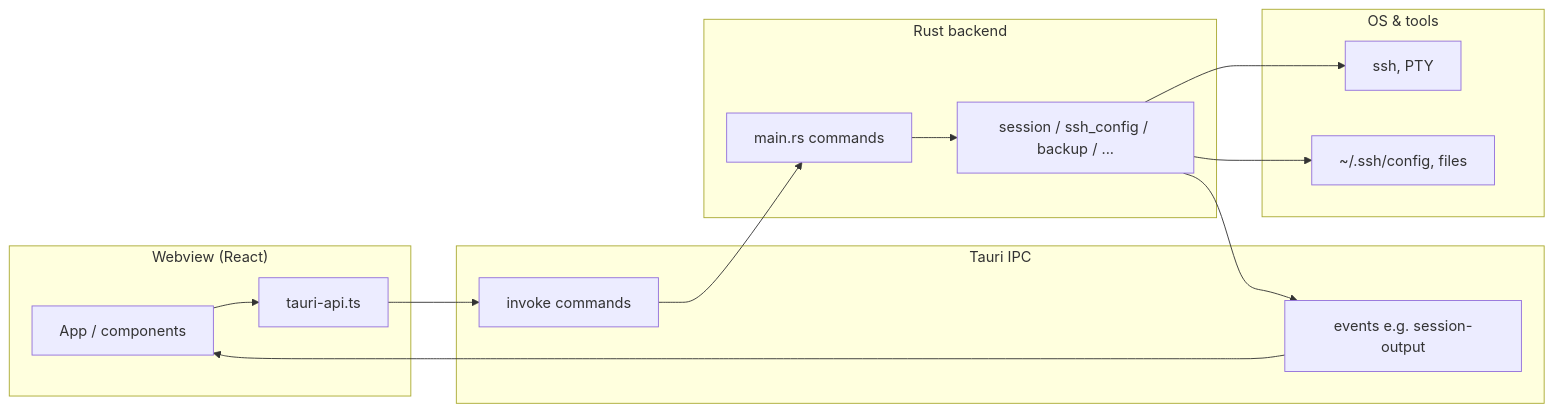
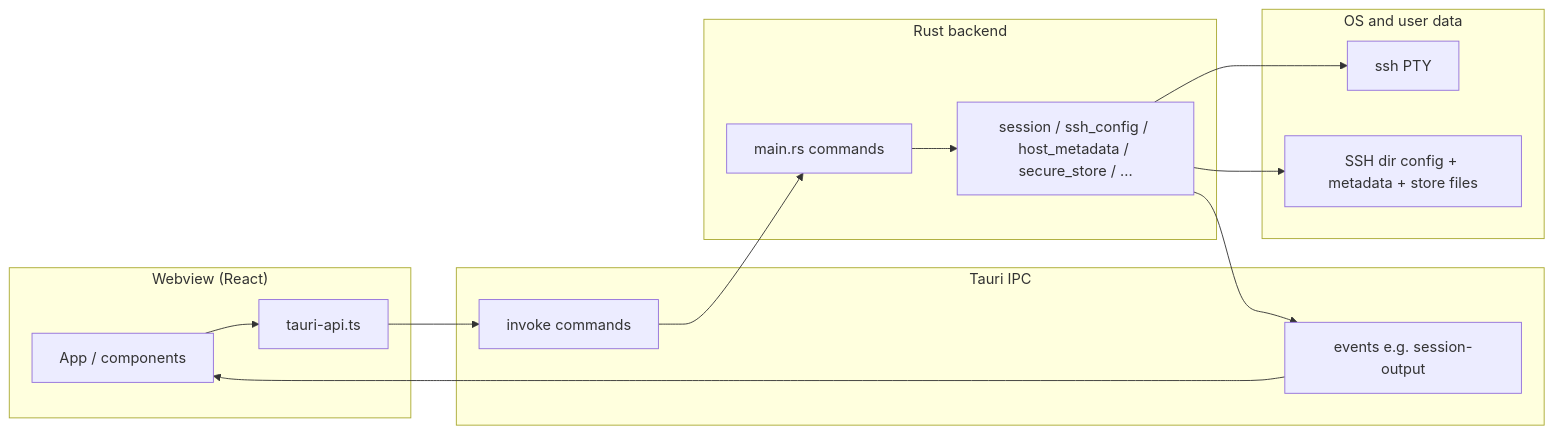
One commit to d0dg3r/NoSuckShell changed the first of 2 diagrams in docs/architecture.md. Above: the diagram before and after it, drawn with Mermaid. The commit also changed other lines of this file and 52 other files, not shown here.

````diff
--- a/docs/architecture.md
+++ b/docs/architecture.md
@@ -13,27 +19,27 @@
 ```mermaid
 flowchart LR
   subgraph UI["Webview (React)"]
     A[App / components]
     B[tauri-api.ts]
   end
   subgraph IPC["Tauri IPC"]
     C[invoke commands]
     D[events e.g. session-output]
   end
   subgraph Rust["Rust backend"]
     E[main.rs commands]
-    F[session / ssh_config / backup / ...]
+    F[session / ssh_config / host_metadata / secure_store / ...]
   end
-  subgraph OS["OS & tools"]
-    G["ssh, PTY"]
-    H["~/.ssh/config, files"]
+  subgraph OS["OS and user data"]
+    G["ssh PTY"]
+    H["SSH dir config + metadata + store files"]
   end
   A --> B
   B --> C
   C --> E
   E --> F
   F --> G
   F --> H
   F --> D
   D --> A
 ```
````
